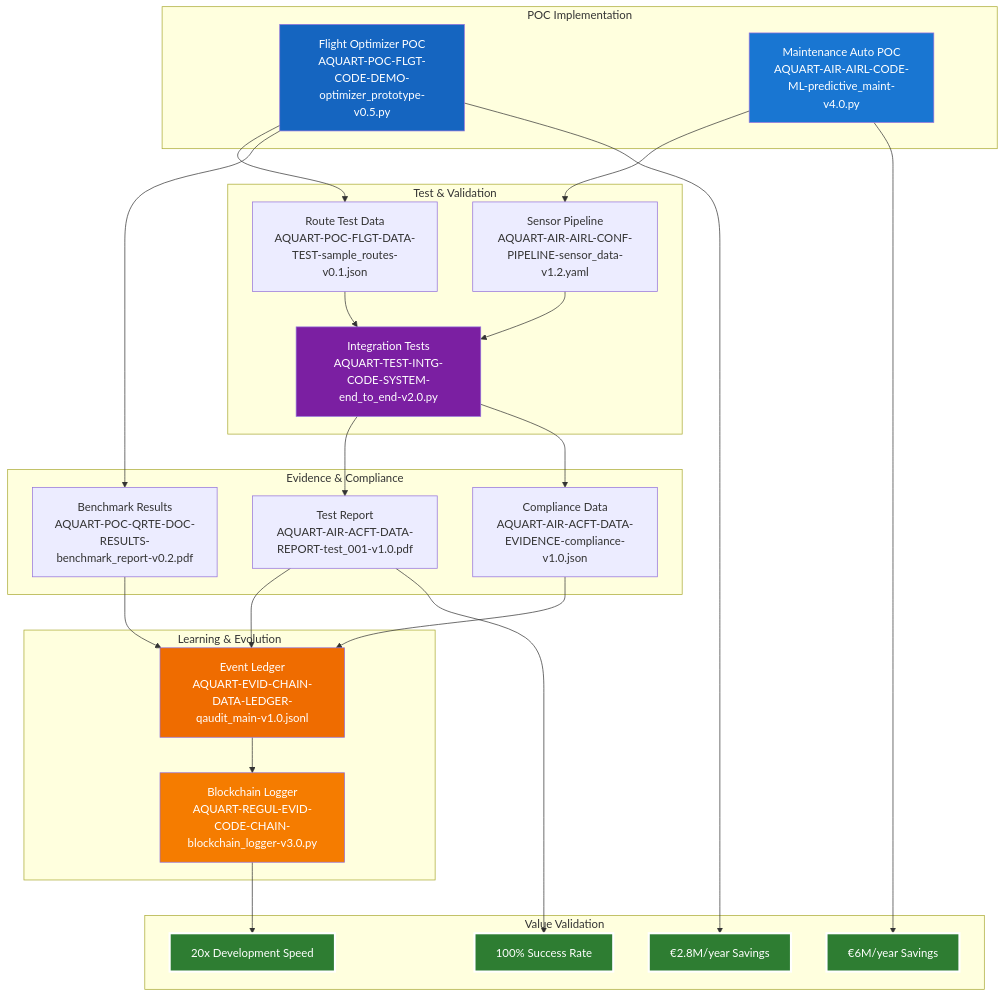
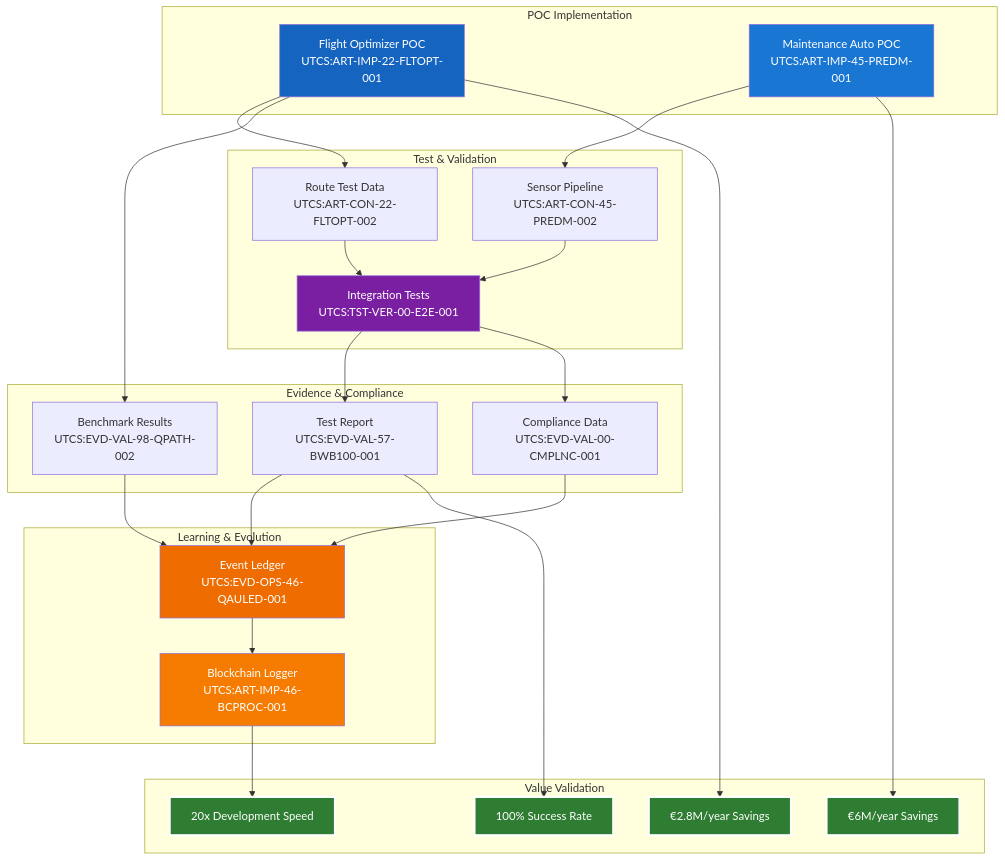
One commit to Robbbo-T/AQUA changed diagram 12 of 19 in README.md. Above: the diagram before and after it, drawn with Mermaid. The commit also changed other lines of this file, not shown here.

````diff
--- a/README.md
+++ b/README.md
@@ -2688,61 +2697,61 @@
 ```mermaid
 flowchart TB
     subgraph "POC Implementation"
-        POC1[Flight Optimizer POC<br/>AQUART-POC-FLGT-CODE-DEMO-optimizer_prototype-v0.5.py]
-        POC2[Maintenance Auto POC<br/>AQUART-AIR-AIRL-CODE-ML-predictive_maint-v4.0.py]
+        POC1[Flight Optimizer POC<br/>UTCS:ART-IMP-22-FLTOPT-001]
+        POC2[Maintenance Auto POC<br/>UTCS:ART-IMP-45-PREDM-001]
     end
     
     subgraph "Test & Validation"
-        TEST1[Route Test Data<br/>AQUART-POC-FLGT-DATA-TEST-sample_routes-v0.1.json]
-        TEST2[Sensor Pipeline<br/>AQUART-AIR-AIRL-CONF-PIPELINE-sensor_data-v1.2.yaml]
-        TEST3[Integration Tests<br/>AQUART-TEST-INTG-CODE-SYSTEM-end_to_end-v2.0.py]
+        TEST1[Route Test Data<br/>UTCS:ART-CON-22-FLTOPT-002]
+        TEST2[Sensor Pipeline<br/>UTCS:ART-CON-45-PREDM-002]
+        TEST3[Integration Tests<br/>UTCS:TST-VER-00-E2E-001]
     end
     
     subgraph "Evidence & Compliance"
-        EV1[Test Report<br/>AQUART-AIR-ACFT-DATA-REPORT-test_001-v1.0.pdf]
-        EV2[Compliance Data<br/>AQUART-AIR-ACFT-DATA-EVIDENCE-compliance-v1.0.json]
-        EV3[Benchmark Results<br/>AQUART-POC-QRTE-DOC-RESULTS-benchmark_report-v0.2.pdf]
+        EV1[Test Report<br/>UTCS:EVD-VAL-57-BWB100-001]
+        EV2[Compliance Data<br/>UTCS:EVD-VAL-00-CMPLNC-001]
+        EV3[Benchmark Results<br/>UTCS:EVD-VAL-98-QPATH-002]
     end
     
     subgraph "Learning & Evolution"
-        LEARN1[Event Ledger<br/>AQUART-EVID-CHAIN-DATA-LEDGER-qaudit_main-v1.0.jsonl]
-        LEARN2[Blockchain Logger<br/>AQUART-REGUL-EVID-CODE-CHAIN-blockchain_logger-v3.0.py]
+        LEARN1[Event Ledger<br/>UTCS:EVD-OPS-46-QAULED-001]
+        LEARN2[Blockchain Logger<br/>UTCS:ART-IMP-46-BCPROC-001]
     end
     
     subgraph "Value Validation"
         VAL1[€2.8M/year Savings]
         VAL2[€6M/year Savings]
         VAL3[20x Development Speed]
         VAL4[100% Success Rate]
     end
     
     POC1 --> TEST1
     POC2 --> TEST2
     TEST1 --> TEST3
     TEST2 --> TEST3
     
     TEST3 --> EV1
     TEST3 --> EV2
     POC1 --> EV3
     
     EV1 --> LEARN1
     EV2 --> LEARN1
     EV3 --> LEARN1
     
     LEARN1 --> LEARN2
     
     POC1 --> VAL1
     POC2 --> VAL2
     LEARN2 --> VAL3
     EV1 --> VAL4
     
     style POC1 fill:#1565c0,color:#fff
     style POC2 fill:#1976d2,color:#fff
     style TEST3 fill:#7b1fa2,color:#fff
     style LEARN1 fill:#ef6c00,color:#fff
     style LEARN2 fill:#f57c00,color:#fff
     style VAL1 fill:#2e7d32,stroke:#fff,stroke-width:3px,color:#fff
     style VAL2 fill:#2e7d32,stroke:#fff,stroke-width:3px,color:#fff
     style VAL3 fill:#2e7d32,stroke:#fff,stroke-width:3px,color:#fff
     style VAL4 fill:#2e7d32,stroke:#fff,stroke-width:3px,color:#fff
 ```
````
